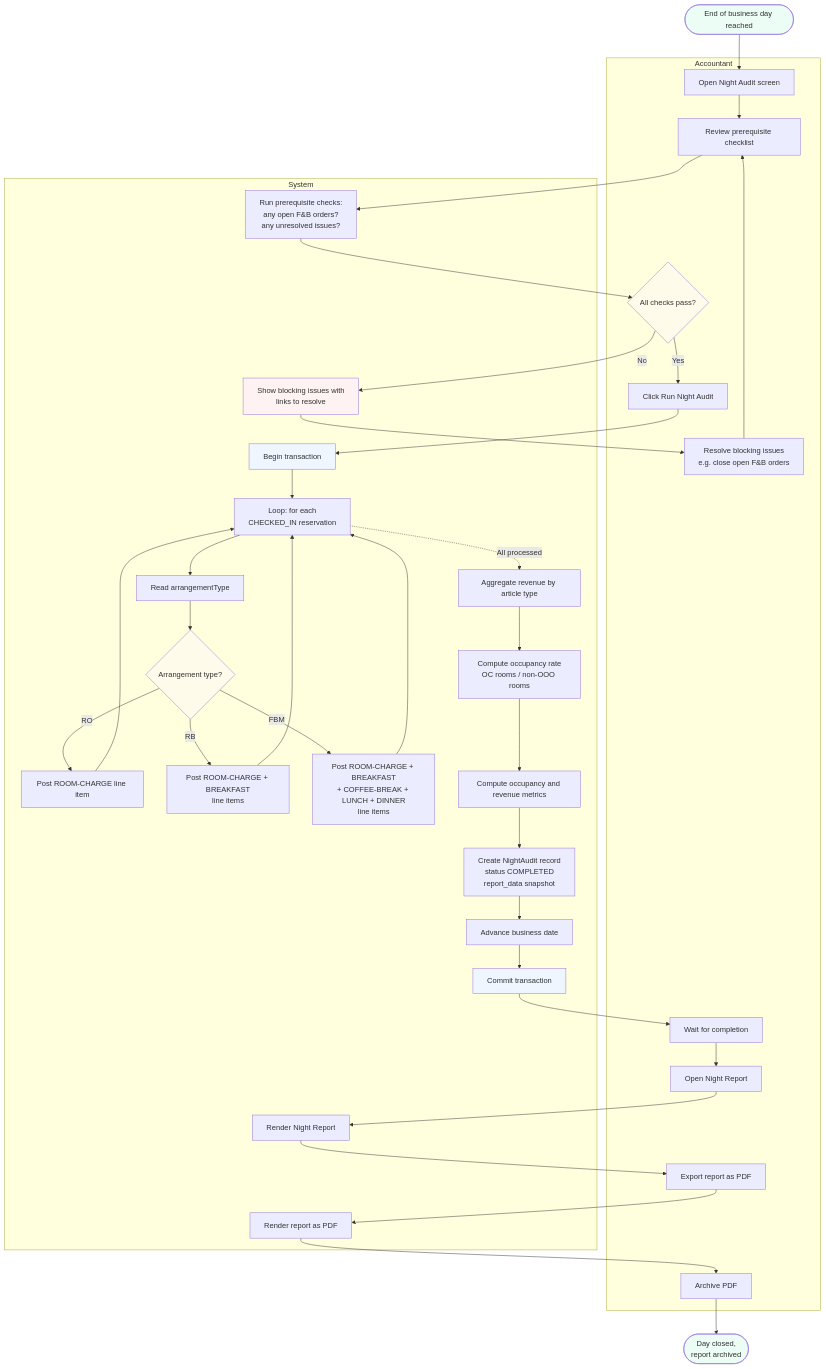
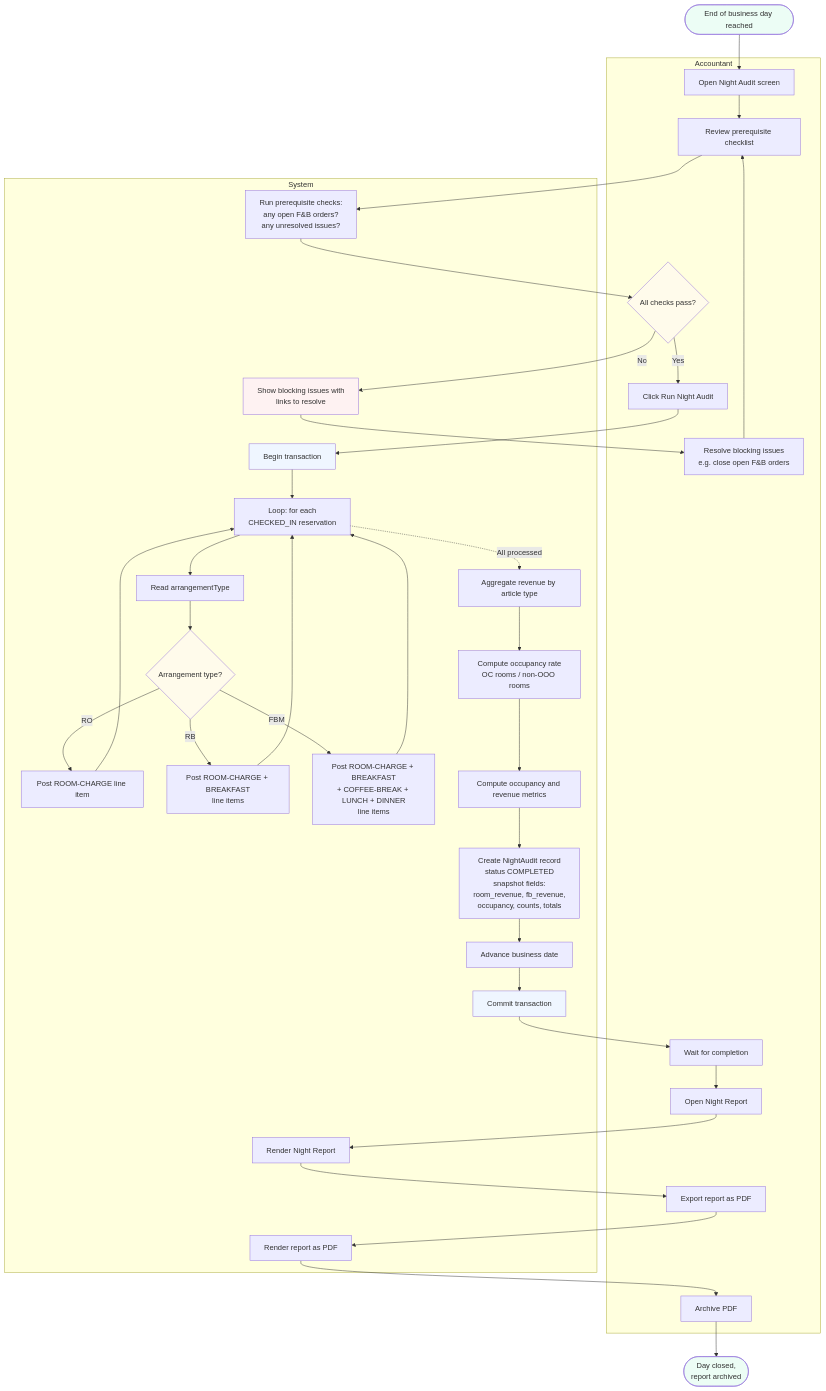
One commit to nurmareko/zadd-hotel-pms changed the sixth of 6 diagrams in docs/activity_diagram_mvp.md. Above: the diagram before and after it, drawn with Mermaid. The commit also changed other lines of this file, not shown here.

Commit message:
docs: activity_diagram — add FB order flow, fix night-audit snapshot ref

````diff
--- a/docs/activity_diagram_mvp.md
+++ b/docs/activity_diagram_mvp.md
@@ -380,54 +441,54 @@
 ```mermaid
 flowchart TD
     Start([End of business day reached])
 
     subgraph A[Accountant]
         A1[Open Night Audit screen]
         A2[Review prerequisite checklist]
         A3{All checks pass?}
         A4[Resolve blocking issues<br/>e.g. close open F&B orders]
         A5[Click Run Night Audit]
         A6[Wait for completion]
         A7[Open Night Report]
         A8[Export report as PDF]
         A9[Archive PDF]
     end
 
     subgraph S[System]
         S1[Run prerequisite checks:<br/>any open F&B orders?<br/>any unresolved issues?]
         S2[Show blocking issues with<br/>links to resolve]
         S3[Begin transaction]
         S4[Loop: for each<br/>CHECKED_IN reservation]
         S5[Read arrangementType]
         S6{Arrangement type?}
         S7[Post ROOM-CHARGE line item]
         S8[Post ROOM-CHARGE + BREAKFAST<br/>line items]
         S9[Post ROOM-CHARGE + BREAKFAST<br/>+ COFFEE-BREAK + LUNCH + DINNER<br/>line items]
         S10[Aggregate revenue by article type]
         S11[Compute occupancy rate<br/>OC rooms / non-OOO rooms]
         S12[Compute occupancy and revenue metrics]
-        S13[Create NightAudit record<br/>status COMPLETED<br/>report_data snapshot]
+        S13[Create NightAudit record<br/>status COMPLETED<br/>snapshot fields:<br/>room_revenue, fb_revenue,<br/>occupancy, counts, totals]
         S14[Advance business date]
         S15[Commit transaction]
         S16[Render Night Report]
         S17[Render report as PDF]
     end
 
     End([Day closed,<br/>report archived])
 
     Start --> A1 --> A2 --> S1 --> A3
     A3 -->|No| S2 --> A4 --> A2
     A3 -->|Yes| A5 --> S3 --> S4 --> S5 --> S6
     S6 -->|RO| S7 --> S4
     S6 -->|RB| S8 --> S4
     S6 -->|FBM| S9 --> S4
     S4 -.->|All processed| S10 --> S11 --> S12 --> S13 --> S14 --> S15 --> A6 --> A7 --> S16 --> A8 --> S17 --> A9 --> End
 
     style Start fill:#ecfdf5
     style End fill:#ecfdf5
     style A3 fill:#fffbeb
     style S6 fill:#fffbeb
     style S3 fill:#eff6ff
     style S15 fill:#eff6ff
     style S2 fill:#fef2f2
 ```
````
